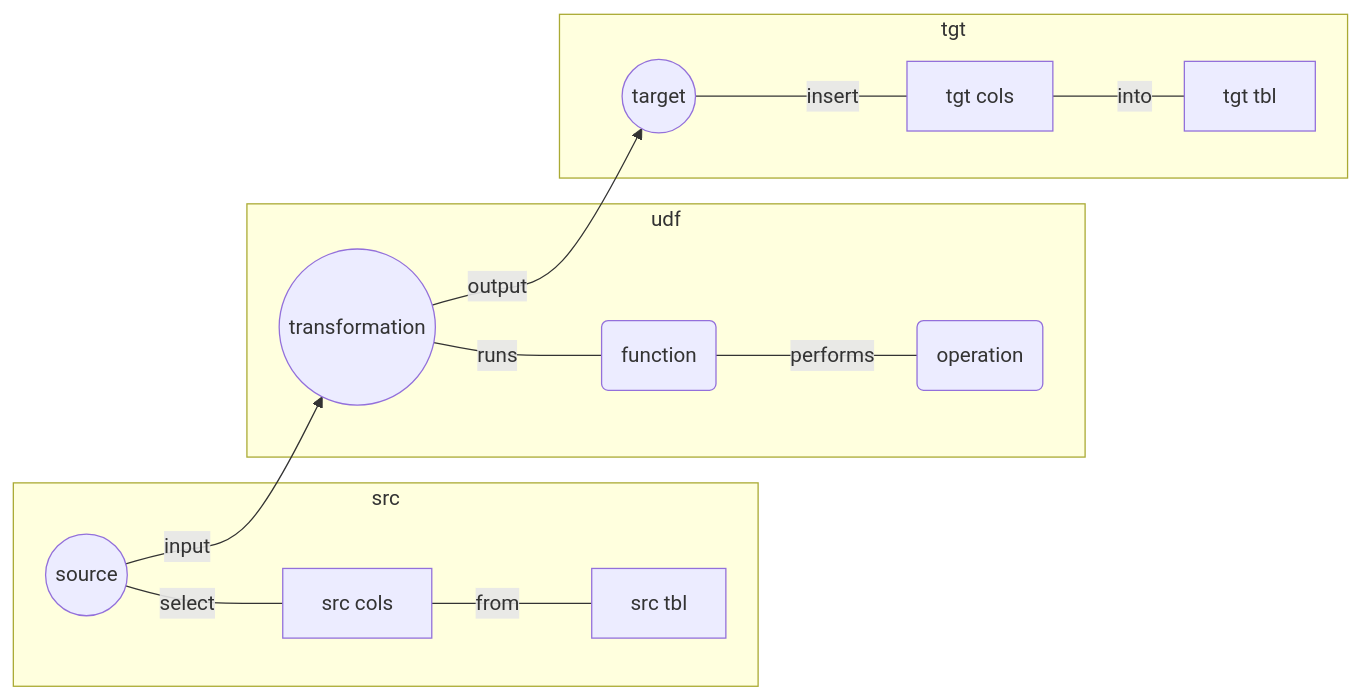
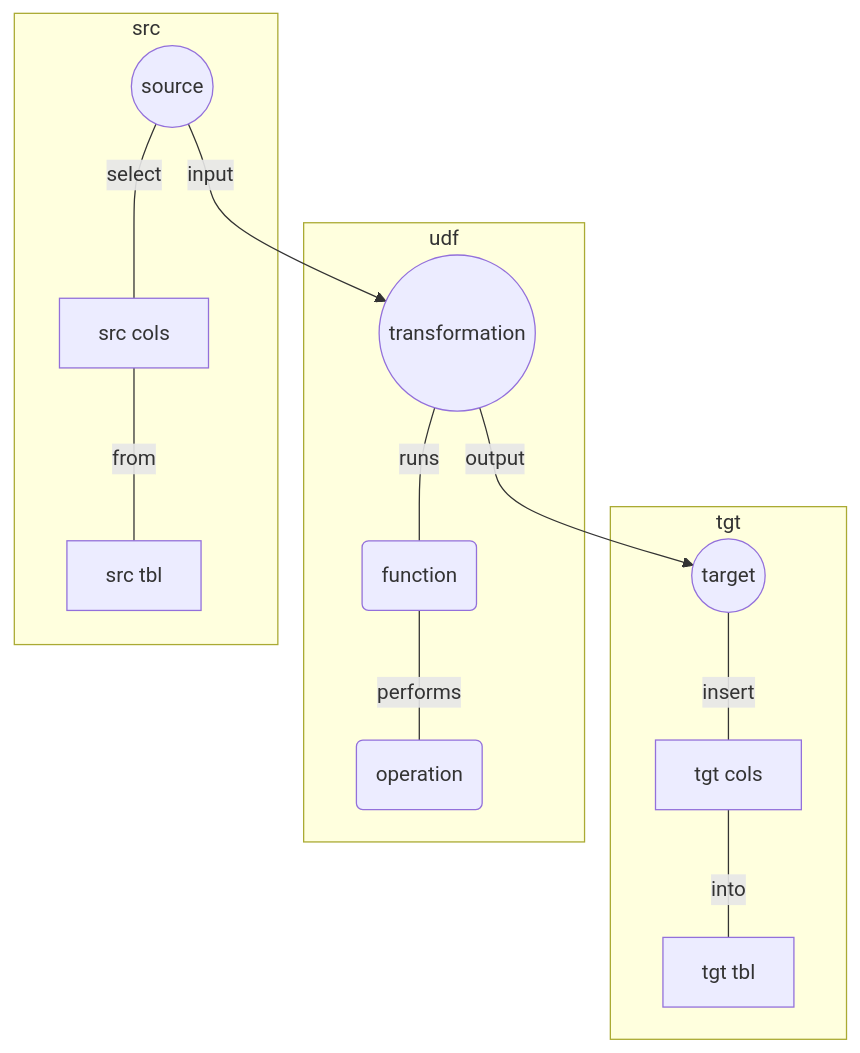
One commit to Heinzad/heinzad.github.io changed the first of 3 diagrams in _posts/2022-11-02-column-transformations-with-t-sql.md. Above: the diagram before and after it, drawn with Mermaid.

````diff
--- a/_posts/2022-11-02-column-transformations-with-t-sql.md
+++ b/_posts/2022-11-02-column-transformations-with-t-sql.md
@@ -33,17 +33,17 @@
 ```mermaid 
-graph LR; 
+graph TD; 
 S((source)) -- input --> X((transformation))  
 X -- output --> T((target)) 
-subgraph src 
-S -- select --- SC[src cols] 
-SC -- from --- ST[src tbl] 
+subgraph tgt 
+T -- insert --- TC[tgt cols]  
+TC -- into --- TT[tgt tbl] 
 end 
 subgraph udf 
 X -- runs --- XF(function) 
 XF -- performs --- XO(operation) 
 end 
-subgraph tgt 
-T -- insert --- TC[tgt cols]  
-TC -- into --- TT[tgt tbl] 
+subgraph src 
+S -- select --- SC[src cols] 
+SC -- from --- ST[src tbl] 
 end 
 ``` 
````
